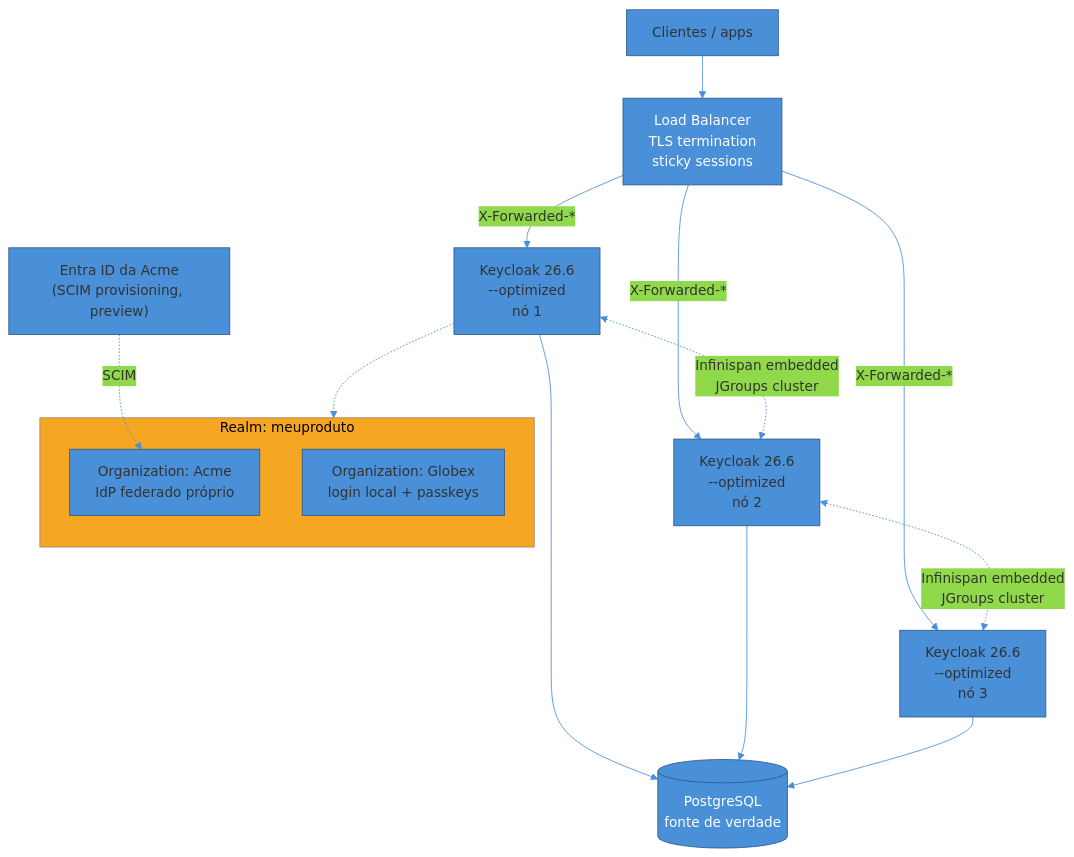
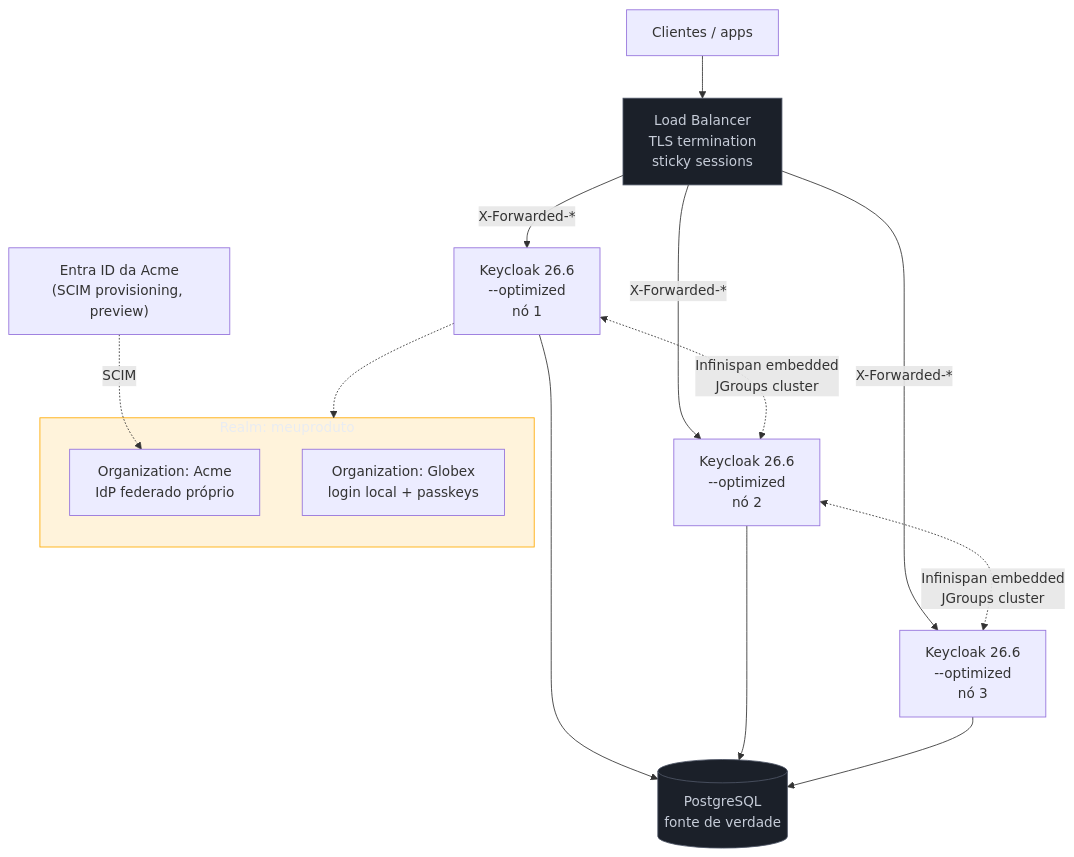
One commit to josenaldo/codex-technomanticus changed the fifth of 5 diagrams in 03-Dominios/Engenharia/Auth e Identidade/5 - Keycloak/02 - Keycloak em produção.md. Above: the diagram before and after it, drawn with Mermaid. The commit also changed other lines of this file and 1181 other files, not shown here.

First line of the commit message:
fix(diagramas): paleta do sistema no lugar de cor cravada no markdown

````diff
--- a/03-Dominios/Engenharia/Auth e Identidade/5 - Keycloak/02 - Keycloak em produção.md
+++ b/03-Dominios/Engenharia/Auth e Identidade/5 - Keycloak/02 - Keycloak em produção.md
@@ -248,27 +250,28 @@
 ```mermaid
-%%{init: {"theme": "base", "themeVariables": {"primaryColor": "#4A90D9", "primaryBorderColor": "#2E5C8A", "lineColor": "#4A90D9"}}}%%
 graph TD
+    classDef neutro fill:#1B2029,stroke:#4E5666,color:#C6CCD8
+    classDef destaque fill:#FFAA0024,stroke:#FFAA00,color:#E9ECF2
     Internet["Clientes / apps"] --> LB["Load Balancer<br/>TLS termination<br/>sticky sessions"]
     LB -->|"X-Forwarded-*"| K1["Keycloak 26.6<br/>--optimized<br/>nó 1"]
     LB -->|"X-Forwarded-*"| K2["Keycloak 26.6<br/>--optimized<br/>nó 2"]
     LB -->|"X-Forwarded-*"| K3["Keycloak 26.6<br/>--optimized<br/>nó 3"]
 
     K1 <-.->|"Infinispan embedded<br/>JGroups cluster"| K2
     K2 <-.->|"Infinispan embedded<br/>JGroups cluster"| K3
 
     K1 --> PG[("PostgreSQL<br/>fonte de verdade")]
     K2 --> PG
     K3 --> PG
 
     subgraph Realm["Realm: meuproduto"]
         OrgAcme["Organization: Acme<br/>IdP federado próprio"]
         OrgGlobex["Organization: Globex<br/>login local + passkeys"]
     end
 
     K1 -.-> Realm
     IdPExt["Entra ID da Acme<br/>(SCIM provisioning, preview)"] -.->|"SCIM"| OrgAcme
 
-    style LB fill:#4A90D9,color:#fff
-    style PG fill:#4A90D9,color:#fff
-    style Realm fill:#F5A623,color:#000
+    class LB neutro
+    class PG neutro
+    class Realm destaque
 ```
````
